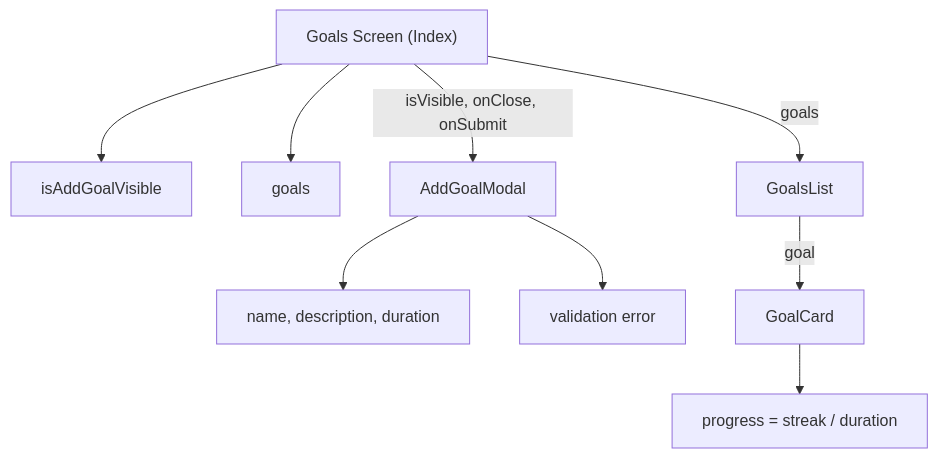
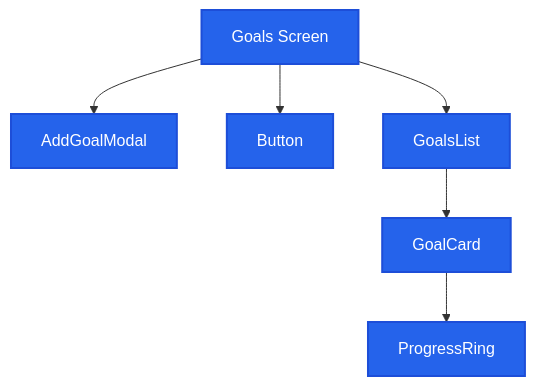
Before and after one commit to MuliangDu/nailedit-expo: the first of 4 diagrams in README.md, drawn with Mermaid. The commit also changed other lines of this file, not shown here.

Commit message:
update diagrams

````diff
--- a/README.md
+++ b/README.md
@@ -67,25 +66,18 @@
 ```mermaid
 flowchart TD
-    Index["Goals Screen (Index)"]
-    ModalVisible["isAddGoalVisible"]
-    Goals["goals"]
-
+    Index["Goals Screen"]
     Modal["AddGoalModal"]
-    Form["name, description, duration"]
-    Error["validation error"]
-
+    Button["Button"]
     List["GoalsList"]
     Card["GoalCard"]
-    Progress["progress = streak / duration"]
+    Ring["ProgressRing"]
 
-    Index --> ModalVisible
-    Index --> Goals
+    Index --> Modal
+    Index --> Button
+    Index --> List
+    List --> Card
+    Card --> Ring
 
-    Index -->|"isVisible, onClose, onSubmit"| Modal
-    Modal --> Form
-    Modal --> Error
-
-    Index -->|"goals"| List
-    List -->|"goal"| Card
-    Card --> Progress
+    classDef component fill:#2563eb,color:#fff,stroke:#1d4ed8,stroke-width:2px
+    class Index,Modal,Button,List,Card,Ring component
 ```
````
